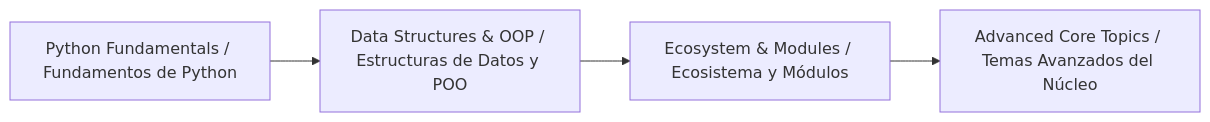
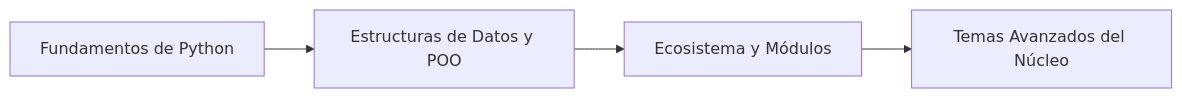
Before and after one commit to alanfabzlab/Developer-Knowledge-Base: the diagram in 🐍 Python/README-ES.md, drawn with Mermaid. The commit also changed other lines of this file and 9 other files, not shown here.

````diff
--- a/🐍 Python/README-ES.md
+++ b/🐍 Python/README-ES.md
@@ -76,6 +57,6 @@
 ```mermaid
 flowchart LR
-    A[Python Fundamentals / Fundamentos de Python] --> B[Data Structures & OOP / Estructuras de Datos y POO]
-    B --> C[Ecosystem & Modules / Ecosistema y Módulos]
-    C --> D[Advanced Core Topics / Temas Avanzados del Núcleo]
+    A[Fundamentos de Python] --> B[Estructuras de Datos y POO]
+    B --> C[Ecosistema y Módulos]
+    C --> D[Temas Avanzados del Núcleo]
 ```
````
